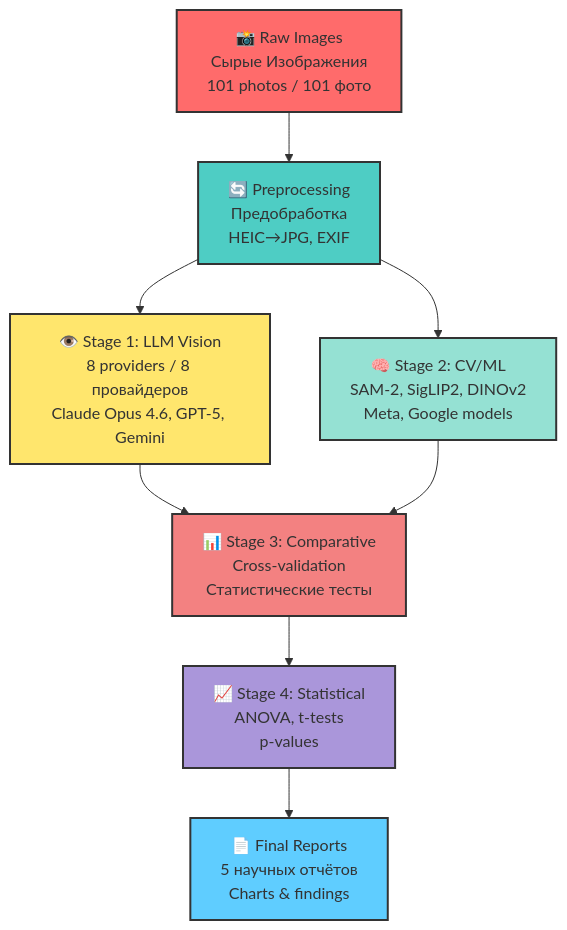
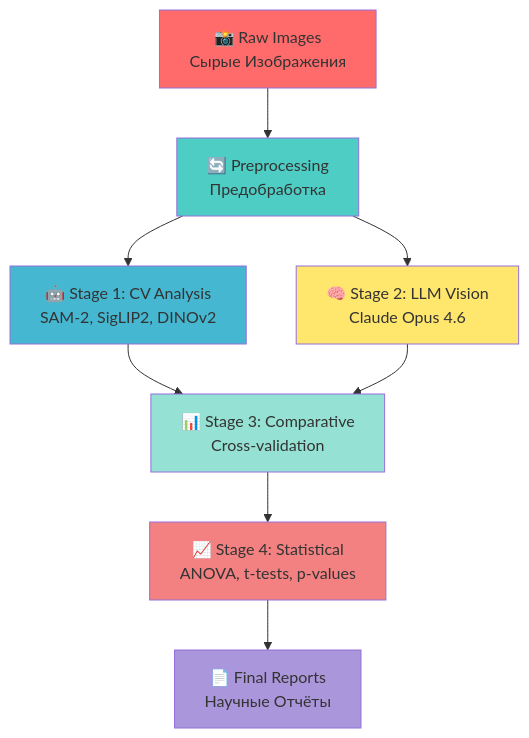
Before and after one commit to AdvancedScientificResearchProjects/HyperbolicField-BloodPlasma-Study: the fifth of 6 diagrams in ADVANCED_SCIENTIFIC_RESEARCH_PROJECTS/Hyperbolic_Field_BloodPlasma_Study/README.md, drawn with Mermaid. The commit also changed other lines of this file, not shown here.

````diff
--- a/ADVANCED_SCIENTIFIC_RESEARCH_PROJECTS/Hyperbolic_Field_BloodPlasma_Study/README.md
+++ b/ADVANCED_SCIENTIFIC_RESEARCH_PROJECTS/Hyperbolic_Field_BloodPlasma_Study/README.md
@@ -114,18 +272,18 @@
 ```mermaid
 flowchart TD
-    A[📸 Raw Images<br/>Сырые Изображения<br/>101 photos / 101 фото] --> B[🔄 Preprocessing<br/>Предобработка<br/>HEIC→JPG, EXIF]
-    B --> C[👁️ Stage 1: LLM Vision<br/>8 providers / 8 провайдеров<br/>Claude Opus 4.6, GPT-5, Gemini]
-    B --> D[🧠 Stage 2: CV/ML<br/>SAM-2, SigLIP2, DINOv2<br/>Meta, Google models]
-    C --> E[📊 Stage 3: Comparative<br/>Cross-validation<br/>Статистические тесты]
+    A[📸 Raw Images<br/>Сырые Изображения] --> B[🔄 Preprocessing<br/>Предобработка]
+    B --> C[🤖 Stage 1: CV Analysis<br/>SAM-2, SigLIP2, DINOv2]
+    B --> D[🧠 Stage 2: LLM Vision<br/>Claude Opus 4.6]
+    C --> E[📊 Stage 3: Comparative<br/>Cross-validation]
     D --> E
-    E --> F[📈 Stage 4: Statistical<br/>ANOVA, t-tests<br/>p-values]
-    F --> G[📄 Final Reports<br/>5 научных отчётов<br/>Charts & findings]
+    E --> F[📈 Stage 4: Statistical<br/>ANOVA, t-tests, p-values]
+    F --> G[📄 Final Reports<br/>Научные Отчёты]
     
-    style A fill:#ff6b6b,stroke:#333,stroke-width:2px
-    style B fill:#4ecdc4,stroke:#333,stroke-width:2px
-    style C fill:#ffe66d,stroke:#333,stroke-width:2px
-    style D fill:#95e1d3,stroke:#333,stroke-width:2px
-    style E fill:#f38181,stroke:#333,stroke-width:2px
-    style F fill:#aa96da,stroke:#333,stroke-width:2px
-    style G fill:#5fcdff,stroke:#333,stroke-width:2px
+    style A fill:#ff6b6b
+    style B fill:#4ecdc4
+    style C fill:#45b7d1
+    style D fill:#ffe66d
+    style E fill:#95e1d3
+    style F fill:#f38181
+    style G fill:#aa96da
 ```
````
